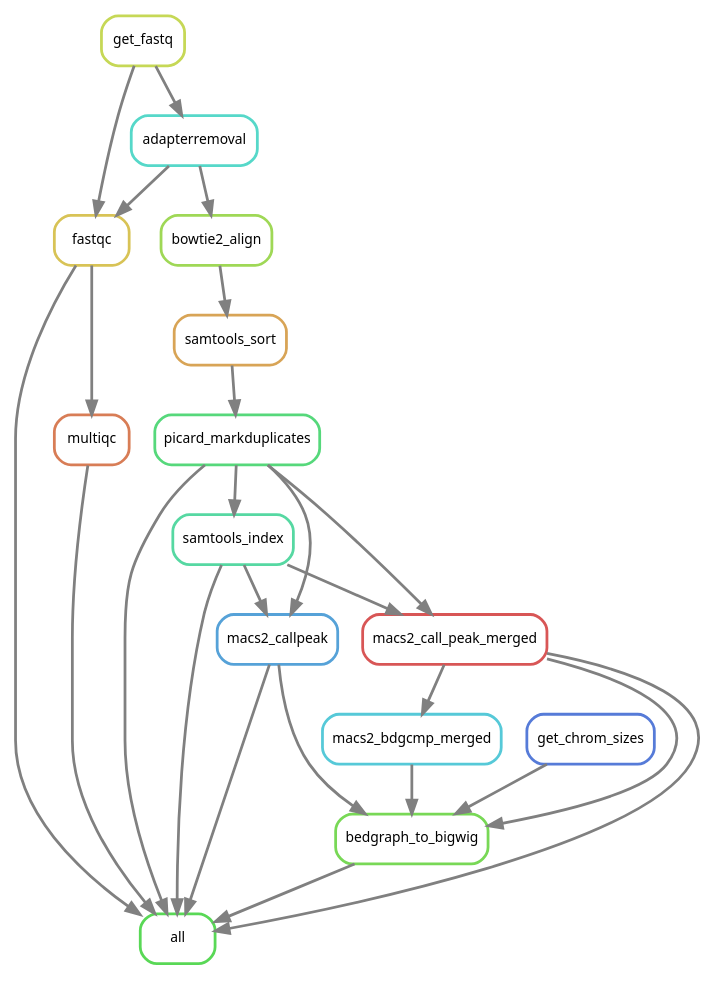
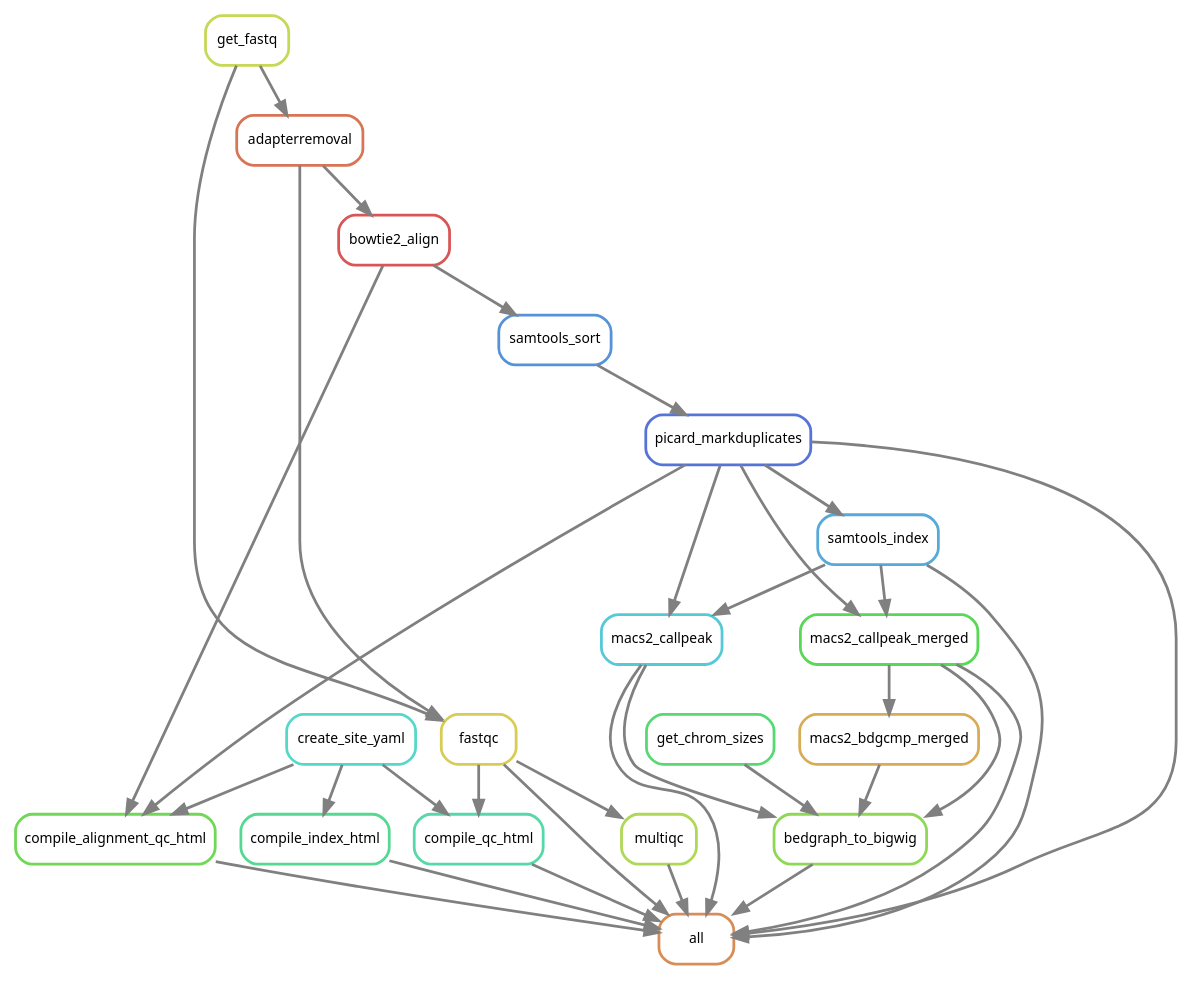
One commit to smped/PRJNA509779 changed the diagram in workflow/rules/rulegraph.dot. Above: the diagram before and after it, drawn with Graphviz.

Commit message:
Updated rulegraph

```diff
--- a/workflow/rules/rulegraph.dot
+++ b/workflow/rules/rulegraph.dot
@@ -1,43 +1,56 @@
 digraph snakemake_dag {
     graph[bgcolor=white, margin=0];
     node[shape=box, style=rounded, fontname=sans,                 fontsize=10, penwidth=2];
     edge[penwidth=2, color=grey];
-	0[label = "all", color = "0.33 0.6 0.85", style="rounded"];
-	1[label = "fastqc", color = "0.14 0.6 0.85", style="rounded"];
+	0[label = "all", color = "0.07 0.6 0.85", style="rounded"];
+	1[label = "fastqc", color = "0.15 0.6 0.85", style="rounded"];
 	2[label = "get_fastq", color = "0.19 0.6 0.85", style="rounded"];
-	3[label = "adapterremoval", color = "0.48 0.6 0.85", style="rounded"];
-	4[label = "multiqc", color = "0.05 0.6 0.85", style="rounded"];
-	5[label = "picard_markduplicates", color = "0.38 0.6 0.85", style="rounded"];
-	6[label = "samtools_sort", color = "0.10 0.6 0.85", style="rounded"];
-	7[label = "bowtie2_align", color = "0.24 0.6 0.85", style="rounded"];
-	8[label = "samtools_index", color = "0.43 0.6 0.85", style="rounded"];
-	9[label = "macs2_callpeak", color = "0.57 0.6 0.85", style="rounded"];
-	10[label = "macs2_call_peak_merged", color = "0.00 0.6 0.85", style="rounded"];
-	11[label = "bedgraph_to_bigwig", color = "0.29 0.6 0.85", style="rounded"];
-	12[label = "get_chrom_sizes", color = "0.62 0.6 0.85", style="rounded"];
-	13[label = "macs2_bdgcmp_merged", color = "0.52 0.6 0.85", style="rounded"];
+	3[label = "adapterremoval", color = "0.04 0.6 0.85", style="rounded"];
+	4[label = "multiqc", color = "0.22 0.6 0.85", style="rounded"];
+	5[label = "picard_markduplicates", color = "0.63 0.6 0.85", style="rounded"];
+	6[label = "samtools_sort", color = "0.59 0.6 0.85", style="rounded"];
+	7[label = "bowtie2_align", color = "0.00 0.6 0.85", style="rounded"];
+	8[label = "samtools_index", color = "0.56 0.6 0.85", style="rounded"];
+	9[label = "macs2_callpeak", color = "0.52 0.6 0.85", style="rounded"];
+	10[label = "macs2_callpeak_merged", color = "0.33 0.6 0.85", style="rounded"];
+	11[label = "bedgraph_to_bigwig", color = "0.26 0.6 0.85", style="rounded"];
+	12[label = "get_chrom_sizes", color = "0.37 0.6 0.85", style="rounded"];
+	13[label = "macs2_bdgcmp_merged", color = "0.11 0.6 0.85", style="rounded"];
+	14[label = "compile_index_html", color = "0.41 0.6 0.85", style="rounded"];
+	15[label = "create_site_yaml", color = "0.48 0.6 0.85", style="rounded"];
+	16[label = "compile_qc_html", color = "0.44 0.6 0.85", style="rounded"];
+	17[label = "compile_alignment_qc_html", color = "0.30 0.6 0.85", style="rounded"];
+	1 -> 0
 	4 -> 0
-	1 -> 0
 	11 -> 0
+	17 -> 0
+	10 -> 0
+	14 -> 0
+	16 -> 0
+	9 -> 0
+	8 -> 0
 	5 -> 0
-	8 -> 0
-	9 -> 0
-	10 -> 0
 	2 -> 1
 	3 -> 1
 	2 -> 3
 	1 -> 4
 	6 -> 5
 	7 -> 6
 	3 -> 7
 	5 -> 8
 	8 -> 9
 	5 -> 9
 	8 -> 10
 	5 -> 10
 	10 -> 11
+	12 -> 11
 	13 -> 11
 	9 -> 11
-	12 -> 11
 	10 -> 13
+	15 -> 14
+	1 -> 16
+	15 -> 16
+	7 -> 17
+	15 -> 17
+	5 -> 17
 }            
```
